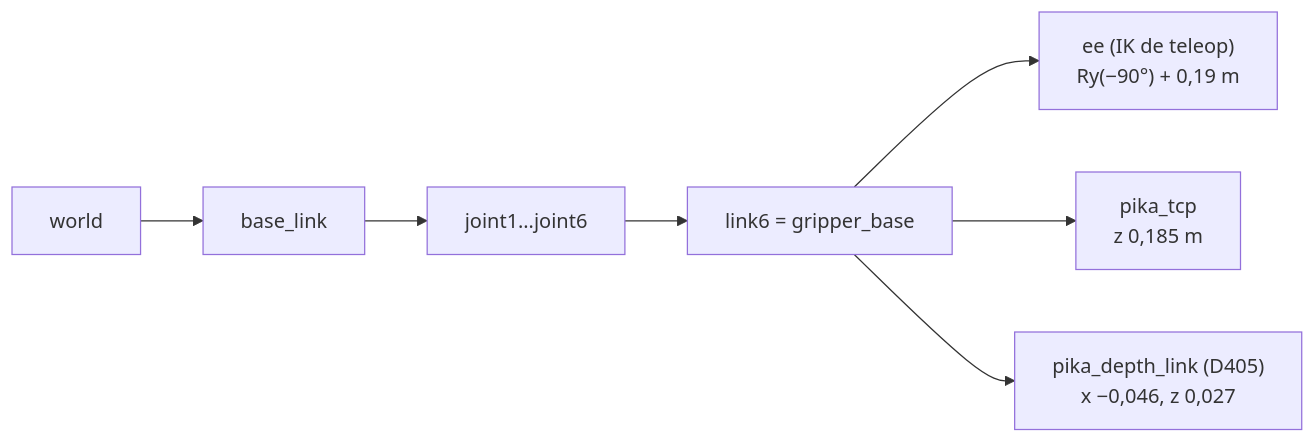
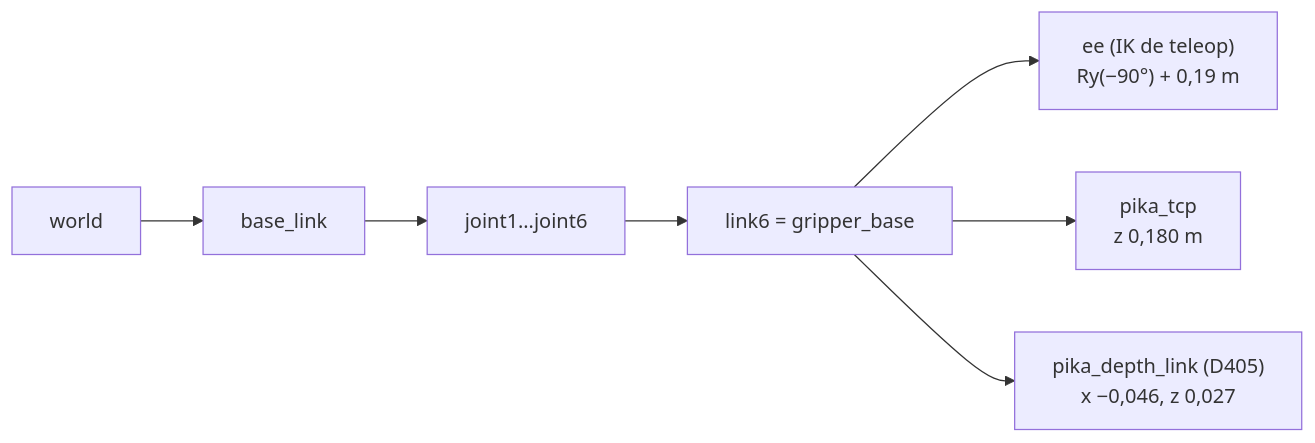
One commit to Ivan1721/pika_ros changed the second of 5 diagrams in docs/percepcion_activa/lazos_cinematica_nbv.md. Above: the diagram before and after it, drawn with Mermaid. The commit also changed other lines of this file and 65 other files, not shown here.

````diff
--- a/docs/percepcion_activa/lazos_cinematica_nbv.md
+++ b/docs/percepcion_activa/lazos_cinematica_nbv.md
@@ -58,7 +58,7 @@
 ```mermaid
 flowchart LR
   W["world"] --> B["base_link"] --> J1["joint1…joint6"] --> L6["link6 = gripper_base"]
   L6 --> EE["ee (IK de teleop)<br/>Ry(−90°) + 0,19 m"]
-  L6 --> TCP["pika_tcp<br/>z 0,185 m"]
+  L6 --> TCP["pika_tcp<br/>z 0,180 m"]
   L6 --> CAM["pika_depth_link (D405)<br/>x −0,046, z 0,027"]
 ```
````
